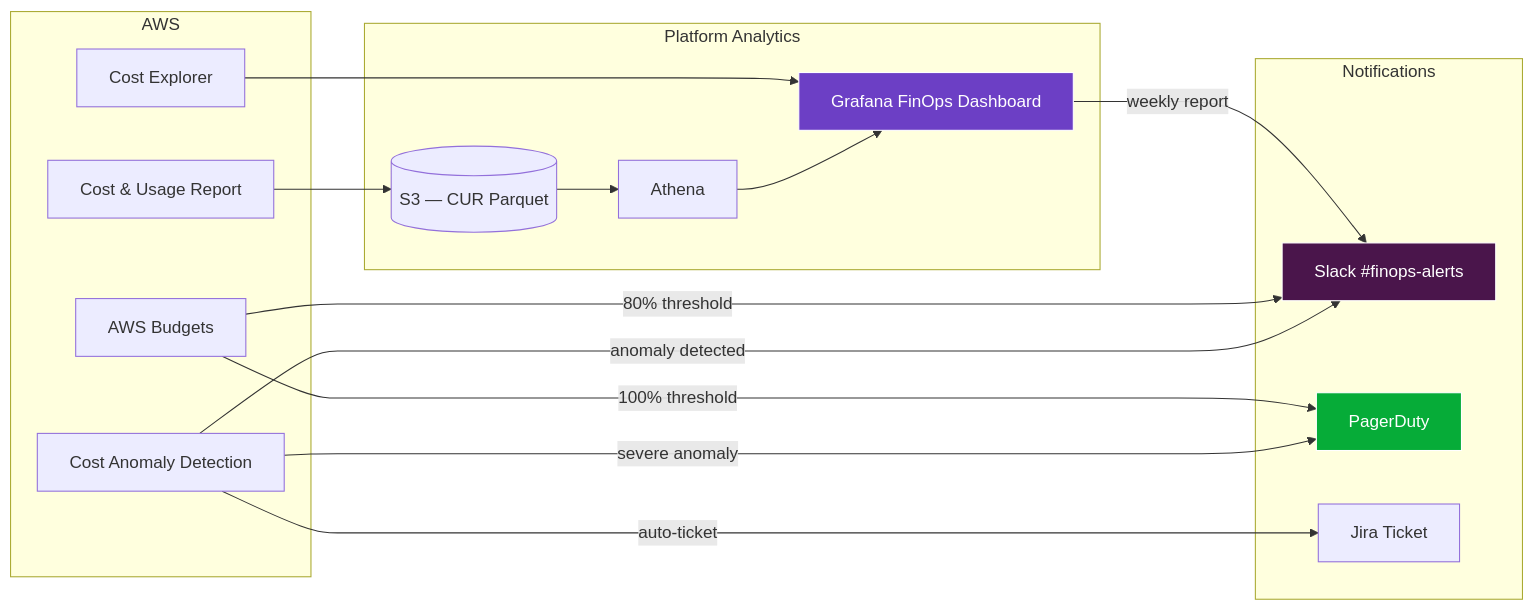
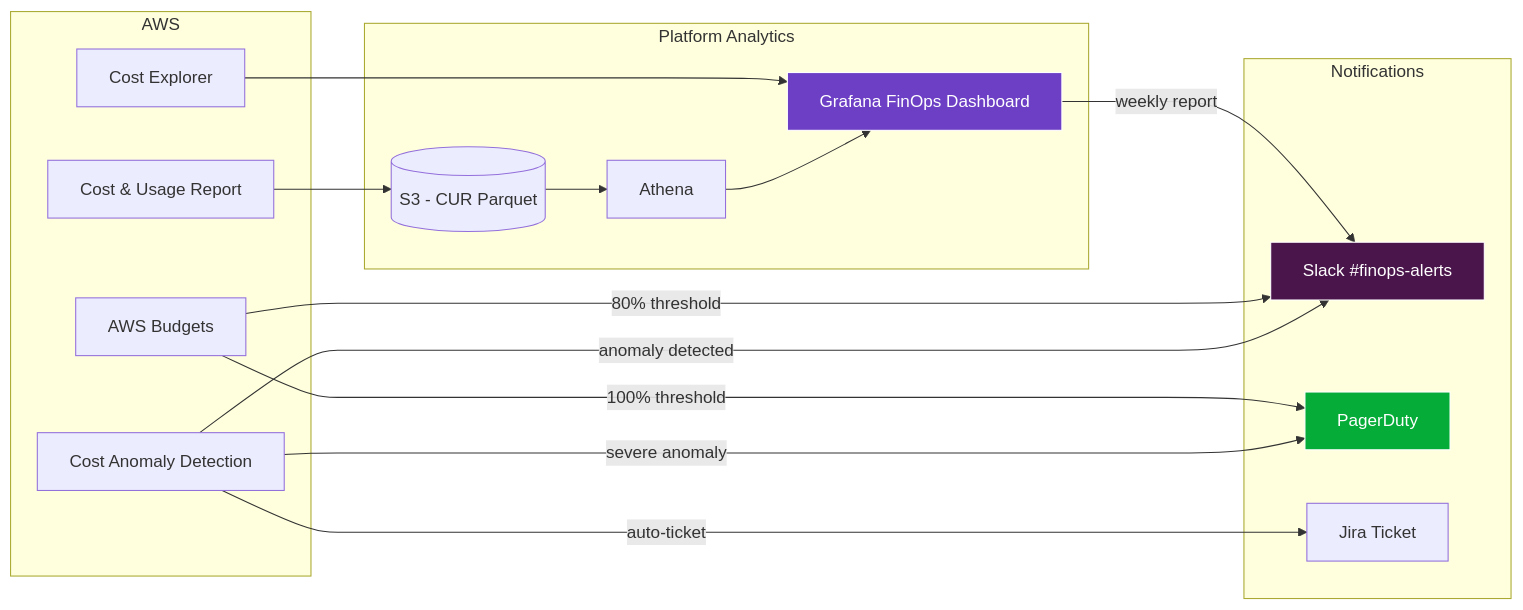
Before and after one commit to rishikeshdhokare/platform-manifesto: the second of 3 diagrams in 04-infrastructure-and-cloud/05-finops.md, drawn with Mermaid. The commit also changed other lines of this file and 22 other files, not shown here.

````diff
--- a/04-infrastructure-and-cloud/05-finops.md
+++ b/04-infrastructure-and-cloud/05-finops.md
@@ -118,34 +118,34 @@
 ```mermaid
 flowchart LR
     subgraph AWS
         CUR[Cost & Usage Report]
         CE[Cost Explorer]
         CAD[Cost Anomaly Detection]
         AB[AWS Budgets]
     end
 
     subgraph Platform Analytics
-        S3[(S3 — CUR Parquet)]
+        S3[(S3 - CUR Parquet)]
         ATH[Athena]
         GF[Grafana FinOps Dashboard]
     end
 
     subgraph Notifications
         SL[Slack #finops-alerts]
         PD[PagerDuty]
         JR[Jira Ticket]
     end
 
     CUR --> S3 --> ATH --> GF
     CE --> GF
     CAD -->|anomaly detected| SL
     CAD -->|severe anomaly| PD
     AB -->|80% threshold| SL
     AB -->|100% threshold| PD
     GF -->|weekly report| SL
     CAD -->|auto-ticket| JR
 
     style GF fill:#6C3FC5,stroke:#fff,color:#fff
     style SL fill:#4A154B,stroke:#fff,color:#fff
     style PD fill:#06AC38,stroke:#fff,color:#fff
 ```
````
